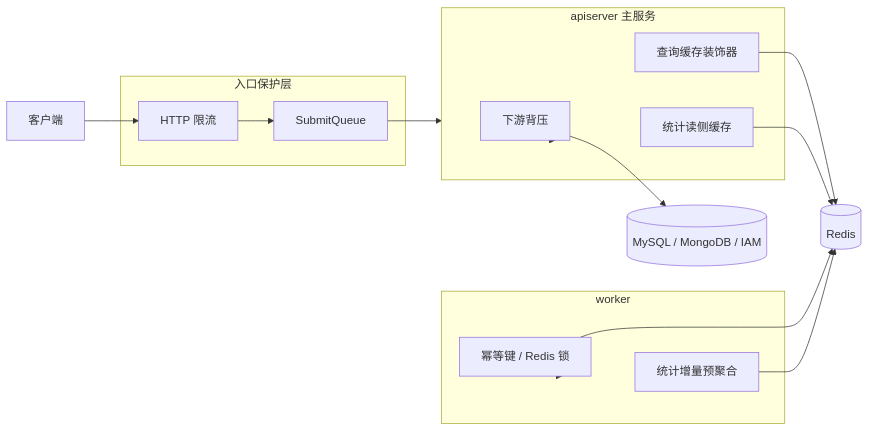
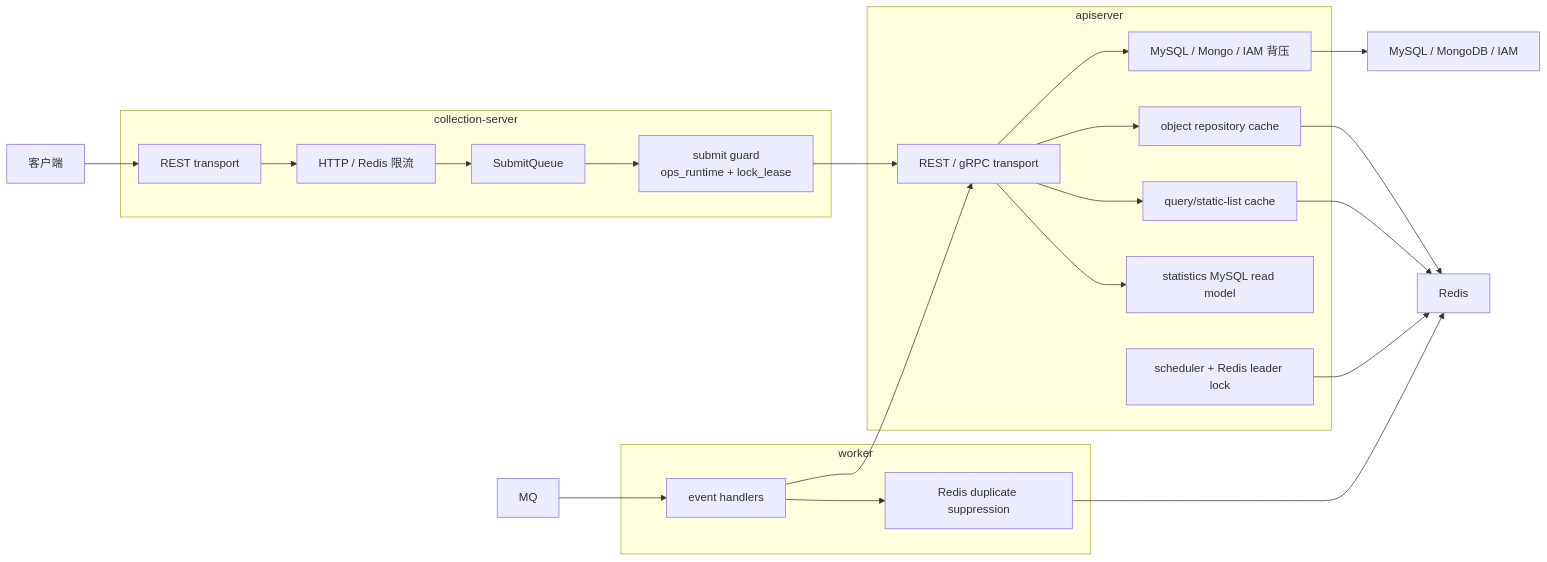
The diagram in docs/05-专题分析/03-保护层与读侧架构：限流、背压、缓存、统计预聚合.md (FangcunMount/qs-server), drawn with Mermaid before and after one commit. The commit also changed other lines of this file and 46 other files, not shown here.

````diff
--- a/docs/05-专题分析/03-保护层与读侧架构：限流、背压、缓存、统计预聚合.md
+++ b/docs/05-专题分析/03-保护层与读侧架构：限流、背压、缓存、统计预聚合.md
@@ -138,30 +19,38 @@
 ```mermaid
 flowchart LR
-    Client[客户端]
+    Client["客户端"]
 
-    subgraph Entry[入口保护层]
-        Limit[HTTP 限流]
-        Queue[SubmitQueue]
+    subgraph Collection["collection-server"]
+        CRoute["REST transport"]
+        Limit["HTTP / Redis 限流"]
+        Queue["SubmitQueue"]
+        Guard["submit guard\nops_runtime + lock_lease"]
     end
 
-    subgraph API[apiserver 主服务]
-        BP[下游背压]
-        Cache[查询缓存装饰器]
-        Stats[统计读侧缓存]
+    subgraph API["apiserver"]
+        Rest["REST / gRPC transport"]
+        BP["MySQL / Mongo / IAM 背压"]
+        ObjectCache["object repository cache"]
+        QueryCache["query/static-list cache"]
+        StatsRead["statistics MySQL read model"]
+        Scheduler["scheduler + Redis leader lock"]
     end
 
-    subgraph Worker[worker]
-        Idem[幂等键 / Redis 锁]
-        Agg[统计增量预聚合]
+    subgraph Worker["worker"]
+        Handler["event handlers"]
+        LockGate["Redis duplicate suppression"]
     end
 
-    Redis[(Redis)]
-    Store[(MySQL / MongoDB / IAM)]
+    Store["MySQL / MongoDB / IAM"]
+    Redis["Redis"]
+    MQ["MQ"]
 
-    Client --> Limit --> Queue --> API
-    API --> BP --> Store
-    API --> Cache --> Redis
-    API --> Stats --> Redis
-    Worker --> Idem --> Redis
-    Worker --> Agg --> Redis
+    Client --> CRoute --> Limit --> Queue --> Guard --> Rest
+    Rest --> BP --> Store
+    Rest --> ObjectCache --> Redis
+    Rest --> QueryCache --> Redis
+    Rest --> StatsRead
+    Scheduler --> Redis
+    MQ --> Handler --> LockGate --> Redis
+    Handler --> Rest
 ```
````
